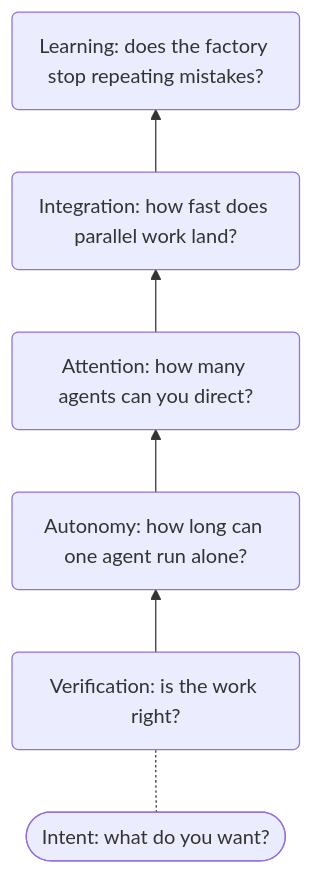
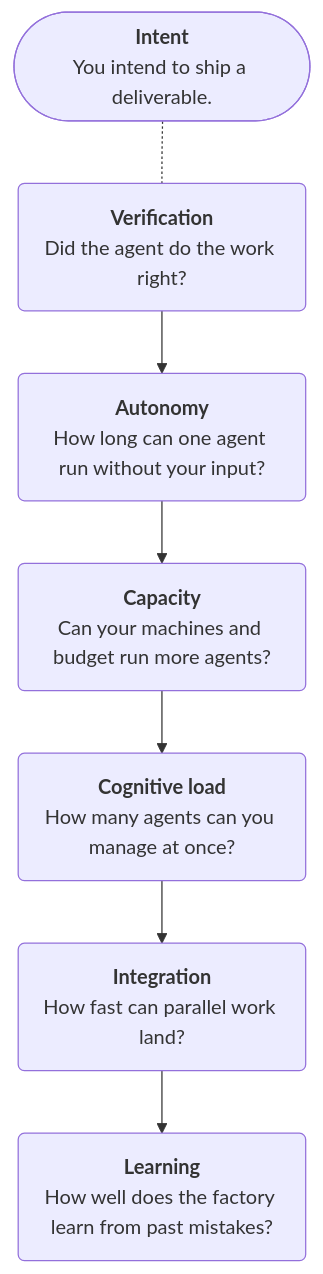
One commit to fabricahq/book changed the diagram in 01-introduction/05-the-hierarchy-of-bottlenecks.md. Above: the diagram before and after it, drawn with Mermaid. The commit also changed other lines of this file and 4 other files, not shown here.

First line of the commit message:
Rework the hierarchy of bottlenecks around six, and outline Build and Spark

````diff
--- a/01-introduction/05-the-hierarchy-of-bottlenecks.md
+++ b/01-introduction/05-the-hierarchy-of-bottlenecks.md
@@ -26,12 +38,13 @@
 ```mermaid
-flowchart BT
+flowchart TD
   accTitle: The hierarchy of bottlenecks
-  accDescr: Five bottlenecks, met in order from the bottom up: verification, autonomy, attention, integration, and learning. Intent sits beneath them all.
-  intent(["Intent: what do you want?"])
-  verification("Verification: is the work right?")
-  autonomy("Autonomy: how long can one agent run alone?")
-  attention("Attention: how many agents can you direct?")
-  integration("Integration: how fast does parallel work land?")
-  learning("Learning: does the factory stop repeating mistakes?")
-  intent -.- verification --> autonomy --> attention --> integration --> learning
+  accDescr: It starts with your intent to ship a deliverable. Then come six bottlenecks, met in this order: verification, autonomy, capacity, cognitive load, integration, and learning.
+  intent(["<b>Intent</b><br/>You intend to ship a deliverable."])
+  verification("<b>Verification</b><br/>Did the agent do the work right?")
+  autonomy("<b>Autonomy</b><br/>How long can one agent run without your input?")
+  capacity("<b>Capacity</b><br/>Can your machines and budget run more agents?")
+  cognitiveLoad("<b>Cognitive load</b><br/>How many agents can you manage at once?")
+  integration("<b>Integration</b><br/>How fast can parallel work land?")
+  learning("<b>Learning</b><br/>How well does the factory learn from past mistakes?")
+  intent -.- verification --> autonomy --> capacity --> cognitiveLoad --> integration --> learning 
 ```
````
